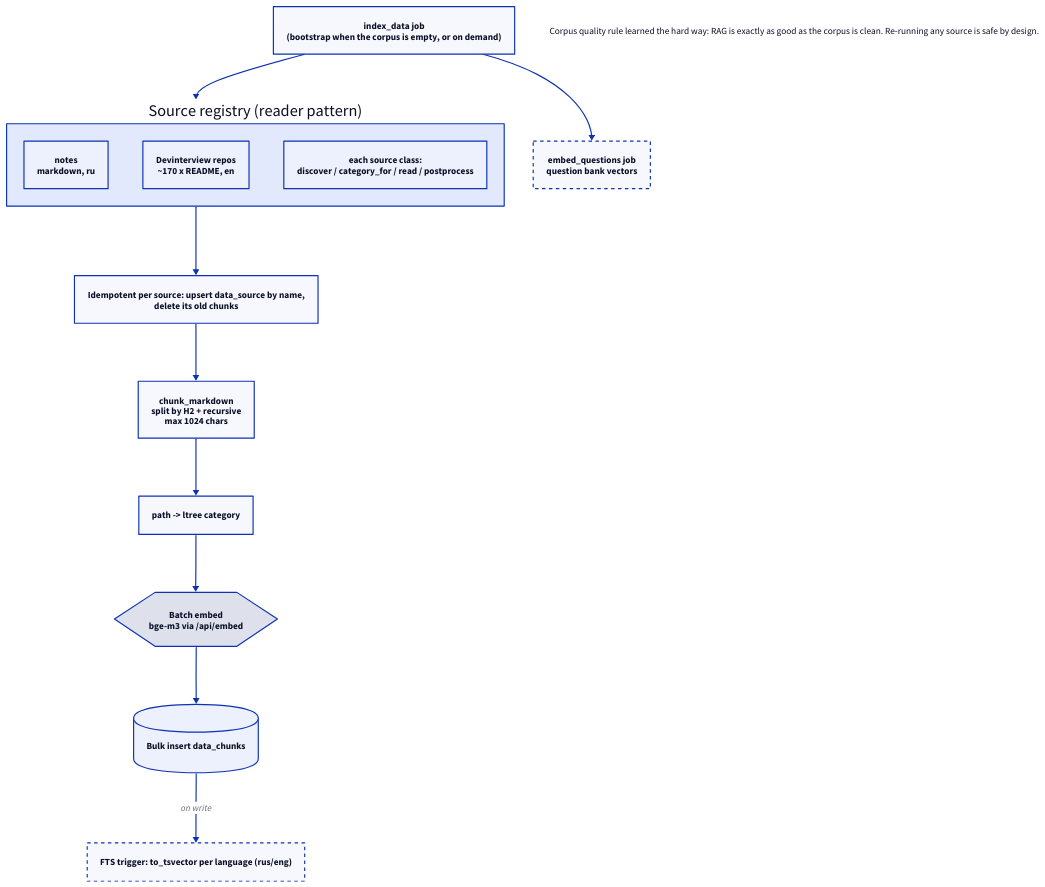
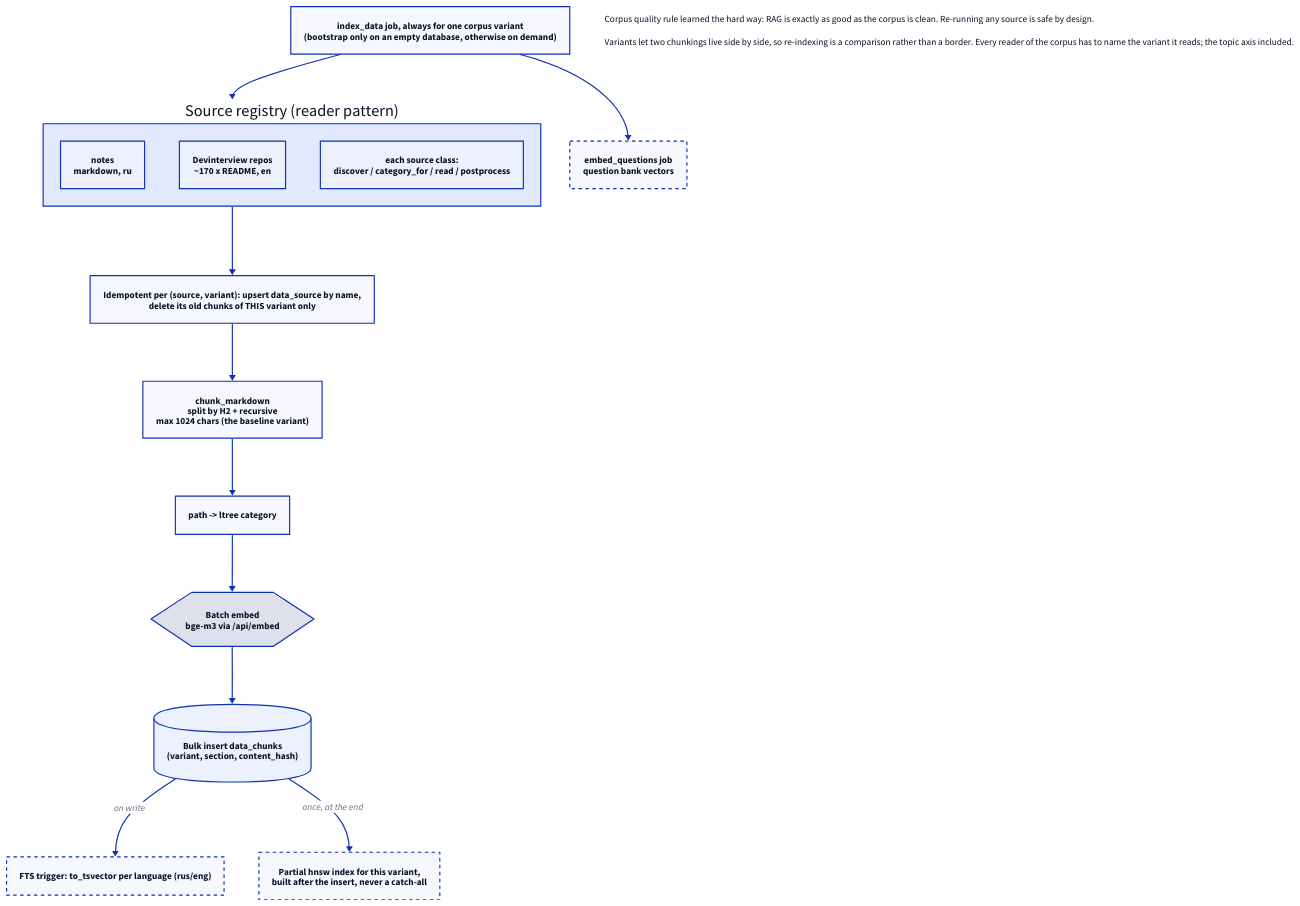
One commit to rikitikitav1/rag-lab changed the diagram in docs/diagrams/ingestion.d2. Above: the diagram before and after it, drawn with D2. The commit also changed 10 other files, not shown here.

```diff
--- a/docs/diagrams/ingestion.d2
+++ b/docs/diagrams/ingestion.d2
@@ -1,38 +1,47 @@
 direction: down
 
-trigger: "index_data job\n(bootstrap when the corpus is empty, or on demand)"
+trigger: "index_data job, always for one corpus variant\n(bootstrap only on an empty database, otherwise on demand)"
 
 sources: Source registry (reader pattern) {
   direction: right
   notes: notes\nmarkdown, ru
   interview: Devinterview repos\n~170 x README, en
   hooks: "each source class:\ndiscover / category_for / read / postprocess"
 }
 
-idem: "Idempotent per source: upsert data_source by name,\ndelete its old chunks"
+idem: "Idempotent per (source, variant): upsert data_source by name,\ndelete its old chunks of THIS variant only"
 
-chunk: chunk_markdown\nsplit by H2 + recursive\nmax 1024 chars
+chunk: chunk_markdown\nsplit by H2 + recursive\nmax 1024 chars (the baseline variant)
 cat: "path -> ltree category"
 embed: Batch embed\nbge-m3 via /api/embed {
   shape: hexagon
 }
-insert: Bulk insert data_chunks {
+insert: "Bulk insert data_chunks\n(variant, section, content_hash)" {
   shape: cylinder
+}
+
+idx: "Partial hnsw index for this variant,\nbuilt after the insert, never a catch-all" {
+  style.stroke-dash: 3
 }
 tsv: "FTS trigger: to_tsvector per language (rus/eng)" {
   style.stroke-dash: 3
 }
 
 questions: embed_questions job\nquestion bank vectors {
   style.stroke-dash: 3
 }
 
 trigger -> sources
 sources -> idem -> chunk -> cat -> embed -> insert
 insert -> tsv: on write
+insert -> idx: once, at the end
 trigger -> questions
 
 note: |md
   Corpus quality rule learned the hard way: RAG is exactly as good
   as the corpus is clean. Re-running any source is safe by design.
+
+  Variants let two chunkings live side by side, so re-indexing is a
+  comparison rather than a border. Every reader of the corpus has to
+  name the variant it reads; the topic axis included.
 |
```
